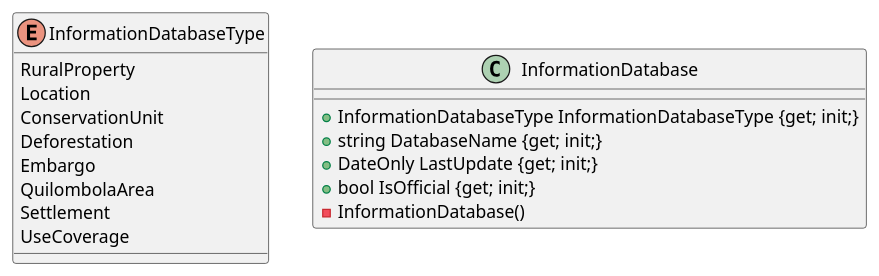
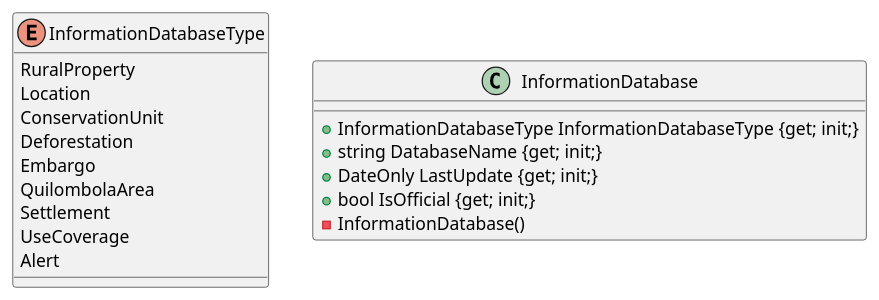
One commit to ruralgises/documentation changed the diagram in class-diagram/information-diagram.plantuml. Above: the diagram before and after it, drawn with PlantUML.

```diff
--- a/class-diagram/information-diagram.plantuml
+++ b/class-diagram/information-diagram.plantuml
@@ -1,22 +1,23 @@
 @startuml
 
 enum InformationDatabaseType {
     RuralProperty
     Location
     ConservationUnit
     Deforestation
     Embargo
     QuilombolaArea
     Settlement
     UseCoverage
+    Alert
 }
 
 class InformationDatabase {
     {method} +InformationDatabaseType InformationDatabaseType {get; init;}
     {method} +string DatabaseName {get; init;}
     {method} +DateOnly LastUpdate {get; init;}
     {method} +bool IsOfficial {get; init;}
     {method} -InformationDatabase()
 }
 
 @enduml
```
